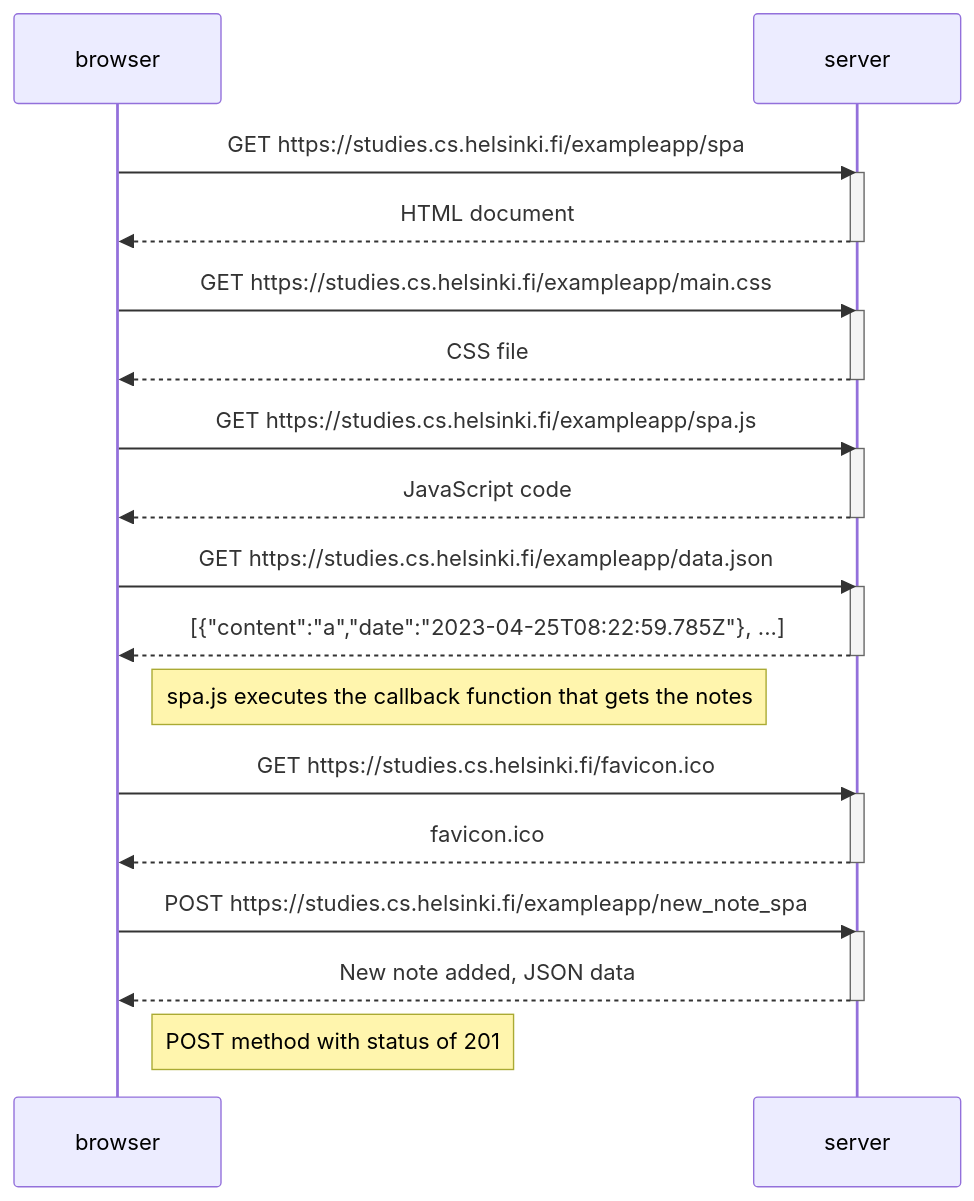
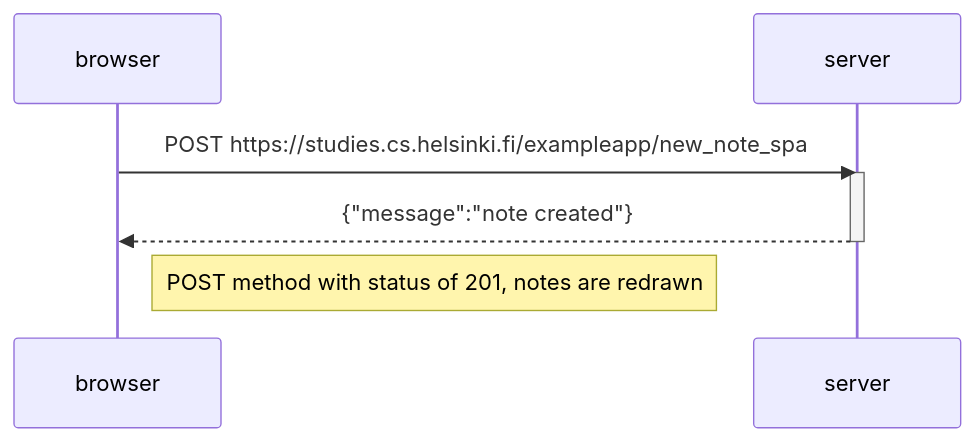
Before and after one commit to ZennithYattare/fullStackOpenCourse: the diagram in part0/0.6_newNoteSPADiagram/newNoteSPADiagram.md, drawn with Mermaid.

Commit message:
omit actions when page originally loaded

````diff
--- a/part0/0.6_newNoteSPADiagram/newNoteSPADiagram.md
+++ b/part0/0.6_newNoteSPADiagram/newNoteSPADiagram.md
@@ -3,39 +3,12 @@
 ```mermaid
 sequenceDiagram
     participant browser
     participant server
 
-    browser->>server: GET https://studies.cs.helsinki.fi/exampleapp/spa
+    browser->>server: POST https://studies.cs.helsinki.fi/exampleapp/new_note_spa
     activate server
-    server-->>browser: HTML document
+    server-->>browser: {"message":"note created"}
     deactivate server
 
-    browser->>server: GET https://studies.cs.helsinki.fi/exampleapp/main.css
-    activate server
-    server-->>browser: CSS file
-    deactivate server
-
-    browser->>server: GET https://studies.cs.helsinki.fi/exampleapp/spa.js
-    activate server
-    server-->>browser: JavaScript code
-    deactivate server
-
-    browser->>server: GET https://studies.cs.helsinki.fi/exampleapp/data.json
-    activate server
-    server-->>browser: [{"content":"a","date":"2023-04-25T08:22:59.785Z"}, ...]
-    deactivate server
-
-    Note right of browser: spa.js executes the callback function that gets the notes
-
-    browser->>server: GET https://studies.cs.helsinki.fi/favicon.ico
-    activate server
-    server-->>browser: favicon.ico
-    deactivate server
-
-    browser->>server: POST https://studies.cs.helsinki.fi/exampleapp/new_note_spa
-    activate server
-    server-->>browser: New note added, JSON data
-    deactivate server
-
-    Note right of browser: POST method with status of 201
+    Note right of browser: POST method with status of 201, notes are redrawn
 ```
````
